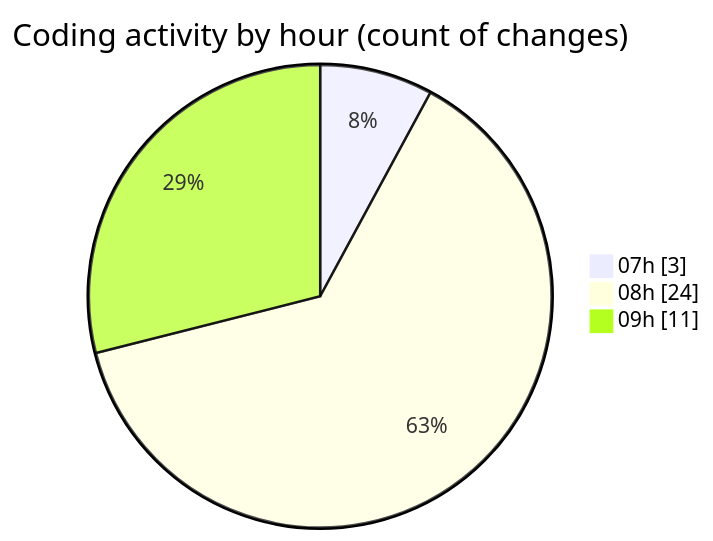
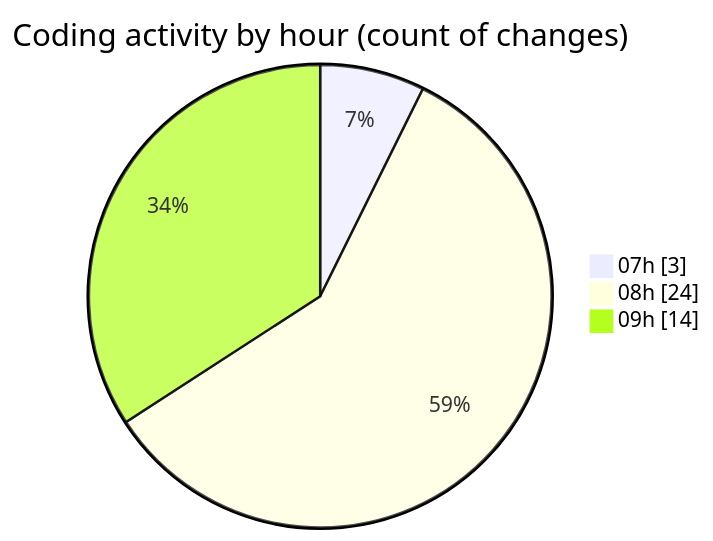
One commit to MatusMokan/code-tracking changed the second of 2 diagrams in 2025-05-07/myws__workspace_/README.md. Above: the diagram before and after it, drawn with Mermaid. The commit also changed other lines of this file and 1 other file, not shown here.

````diff
--- a/2025-05-07/myws__workspace_/README.md
+++ b/2025-05-07/myws__workspace_/README.md
@@ -28,7 +28,7 @@
 ```mermaid
 pie showData
 title Coding activity by hour (count of changes)
 "07h" : 3
 "08h" : 24
-"09h" : 11
+"09h" : 14
 ```
````
